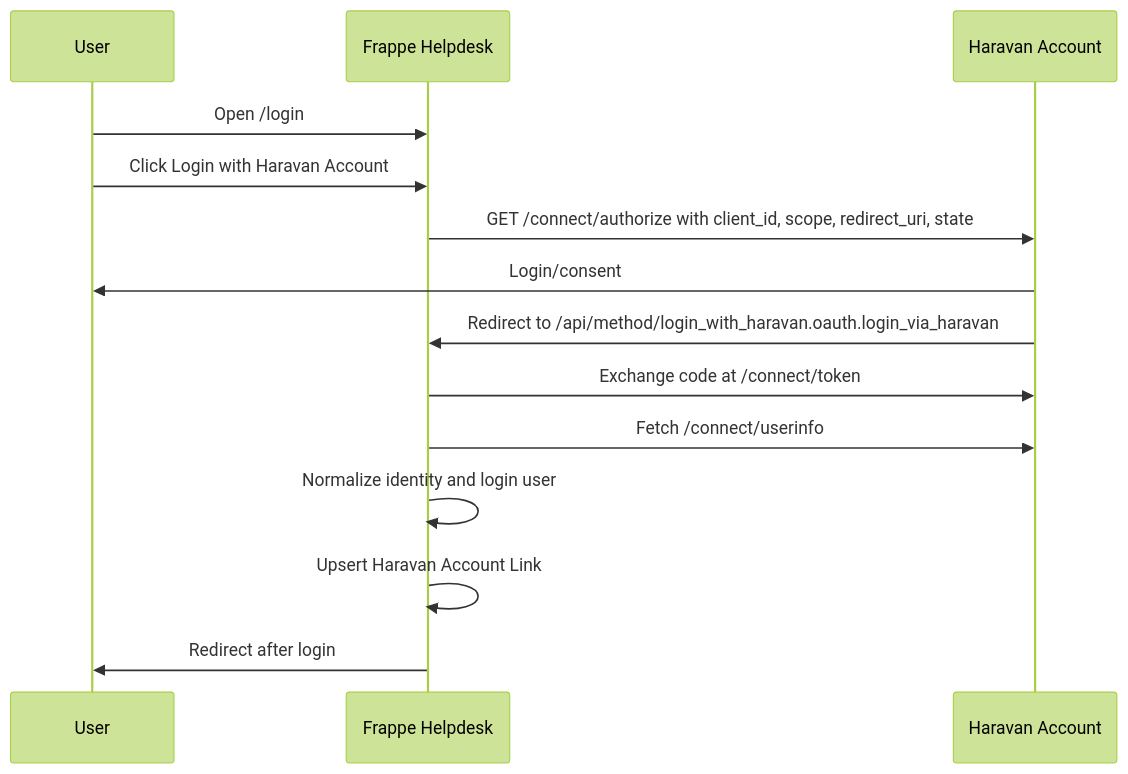
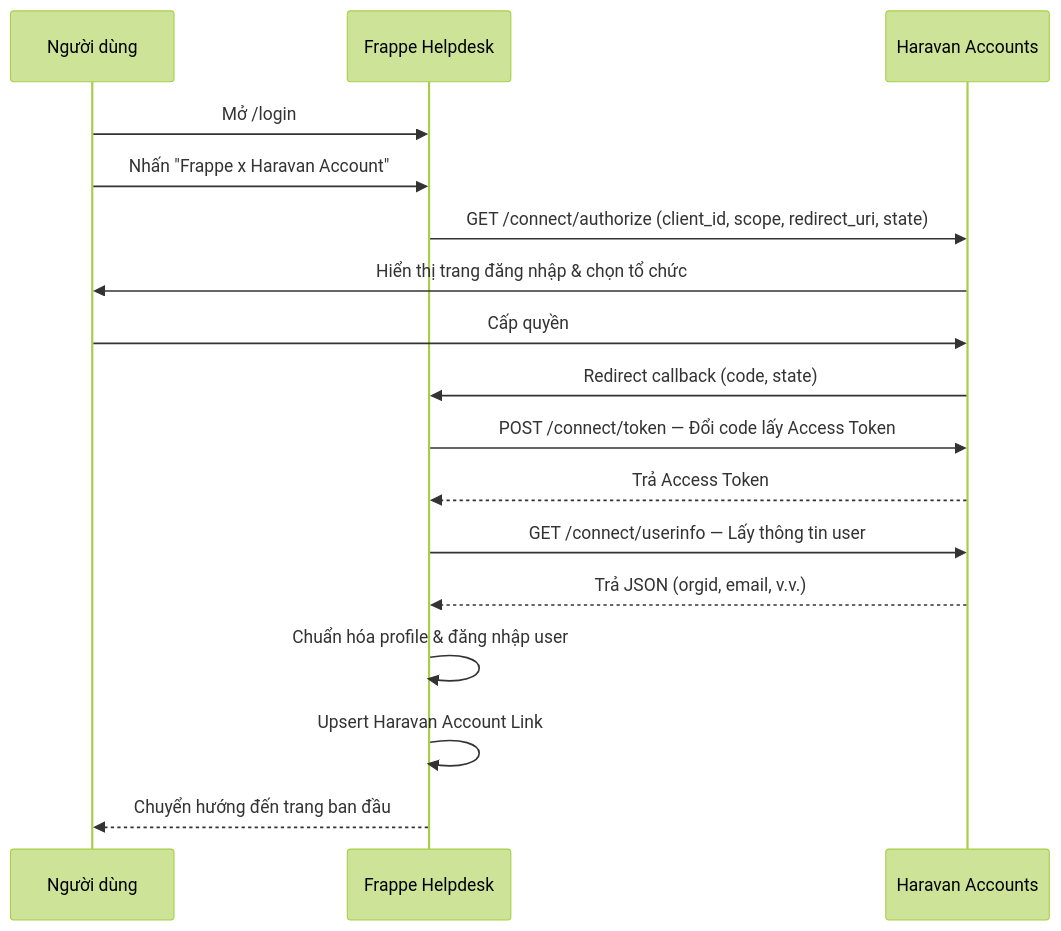
Before and after one commit to tody-agent/login_with_haravan: the first of 2 diagrams in docs/architecture/oauth-flow.md, drawn with Mermaid (forest theme). The commit also changed other lines of this file and 43 other files, not shown here.

````diff
--- a/docs/architecture/oauth-flow.md
+++ b/docs/architecture/oauth-flow.md
@@ -5,17 +16,20 @@
 ```mermaid
 sequenceDiagram
-    participant U as User
-    participant F as Frappe Helpdesk
-    participant H as Haravan Account
+    participant User as Người dùng
+    participant Frappe as Frappe Helpdesk
+    participant Haravan as Haravan Accounts
 
-    U->>F: Open /login
-    U->>F: Click Login with Haravan Account
-    F->>H: GET /connect/authorize with client_id, scope, redirect_uri, state
-    H->>U: Login/consent
-    H->>F: Redirect to /api/method/login_with_haravan.oauth.login_via_haravan
-    F->>H: Exchange code at /connect/token
-    F->>H: Fetch /connect/userinfo
-    F->>F: Normalize identity and login user
-    F->>F: Upsert Haravan Account Link
-    F->>U: Redirect after login
+    User->>Frappe: Mở /login
+    User->>Frappe: Nhấn "Frappe x Haravan Account"
+    Frappe->>Haravan: GET /connect/authorize (client_id, scope, redirect_uri, state)
+    Haravan->>User: Hiển thị trang đăng nhập & chọn tổ chức
+    User->>Haravan: Cấp quyền
+    Haravan->>Frappe: Redirect callback (code, state)
+    Frappe->>Haravan: POST /connect/token — Đổi code lấy Access Token
+    Haravan-->>Frappe: Trả Access Token
+    Frappe->>Haravan: GET /connect/userinfo — Lấy thông tin user
+    Haravan-->>Frappe: Trả JSON (orgid, email, v.v.)
+    Frappe->>Frappe: Chuẩn hóa profile & đăng nhập user
+    Frappe->>Frappe: Upsert Haravan Account Link
+    Frappe-->>User: Chuyển hướng đến trang ban đầu
 ```
````
